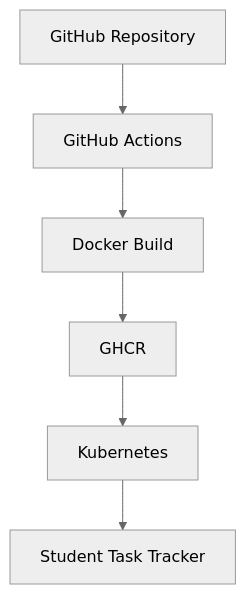
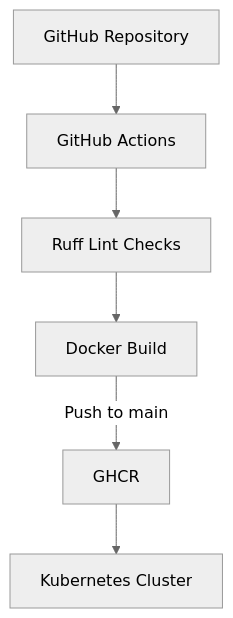
The second of 2 diagrams in README.md (depaul-teaching/student-task-tracker), drawn with Mermaid (neutral theme) before and after one commit. The commit also changed other lines of this file, not shown here.

First line of the commit message:
Update project documentation and architecture

````diff
--- a/README.md
+++ b/README.md
@@ -70,8 +133,8 @@
 ```mermaid
 flowchart TD
     A[GitHub Repository] --> B[GitHub Actions]
-    B --> C[Docker Build]
-    C --> D[GHCR]
-    D --> E[Kubernetes]
-    E --> F[Student Task Tracker]
+    B --> C[Ruff Lint Checks]
+    C --> D[Docker Build]
+    D -->|Push to main| E[GHCR]
+    E --> F[Kubernetes Cluster]
 ```
````
